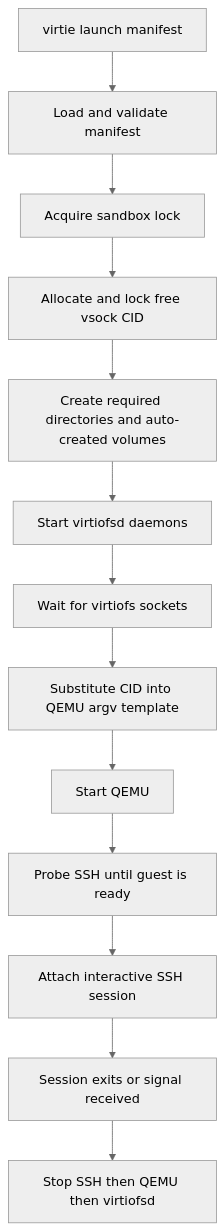
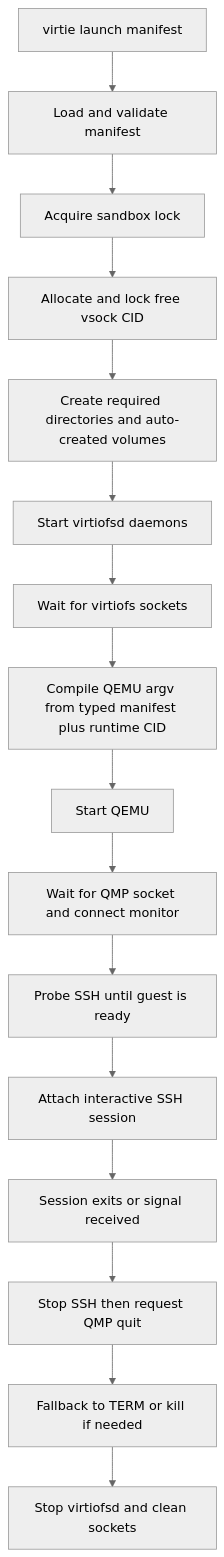
Before and after one commit to shazow/agentspace: the diagram in .specs/virtie.md, drawn with Mermaid (neutral theme). The commit also changed other lines of this file and 14 other files, not shown here.

Commit message:
Move QEMU policy into virtie and bound QMP shutdown

````diff
--- a/.specs/virtie.md
+++ b/.specs/virtie.md
@@ -68,15 +92,18 @@
 ```mermaid
 flowchart TD
   A[virtie launch manifest] --> B[Load and validate manifest]
   B --> C[Acquire sandbox lock]
   C --> D[Allocate and lock free vsock CID]
   D --> E[Create required directories and auto-created volumes]
   E --> F[Start virtiofsd daemons]
   F --> G[Wait for virtiofs sockets]
-  G --> H[Substitute CID into QEMU argv template]
+  G --> H[Compile QEMU argv from typed manifest plus runtime CID]
   H --> I[Start QEMU]
-  I --> J[Probe SSH until guest is ready]
-  J --> K[Attach interactive SSH session]
-  K --> L[Session exits or signal received]
-  L --> M[Stop SSH then QEMU then virtiofsd]
+  I --> J[Wait for QMP socket and connect monitor]
+  J --> K[Probe SSH until guest is ready]
+  K --> L[Attach interactive SSH session]
+  L --> M[Session exits or signal received]
+  M --> N[Stop SSH then request QMP quit]
+  N --> O[Fallback to TERM or kill if needed]
+  O --> P[Stop virtiofsd and clean sockets]
 ```
````
